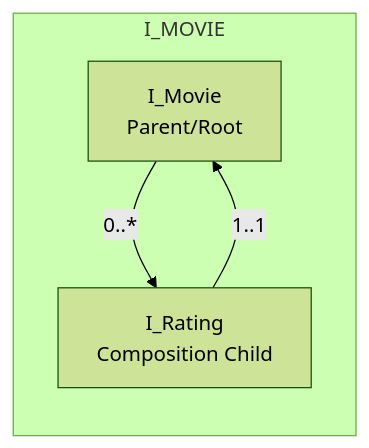
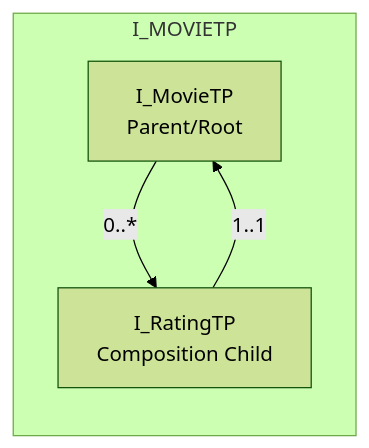
One commit to appenmaier/abap_movie changed the third of 3 diagrams in README.md. Above: the diagram before and after it, drawn with Mermaid (forest theme). The commit also changed other lines of this file, not shown here.

````diff
--- a/README.md
+++ b/README.md
@@ -133,12 +147,12 @@
 ```mermaid
 flowchart
-   I_Movie["I_Movie
-            Parent/Root"]
-   I_Rating["I_Rating
-             Composition Child"]
-   subgraph "I_MOVIE"
+   I_MovieTP["I_MovieTP
+              Parent/Root"]
+   I_RatingTP["I_RatingTP
+               Composition Child"]
+   subgraph "I_MOVIETP"
       direction TB
-      I_Movie --0..*--> I_Rating
-      I_Rating --1..1--> I_Movie
+      I_MovieTP --0..*--> I_RatingTP
+      I_RatingTP --1..1--> I_MovieTP
    end
 ```
````
